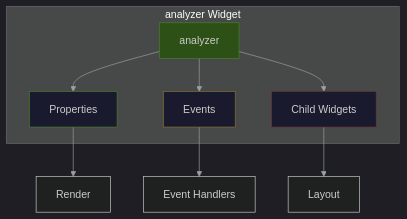
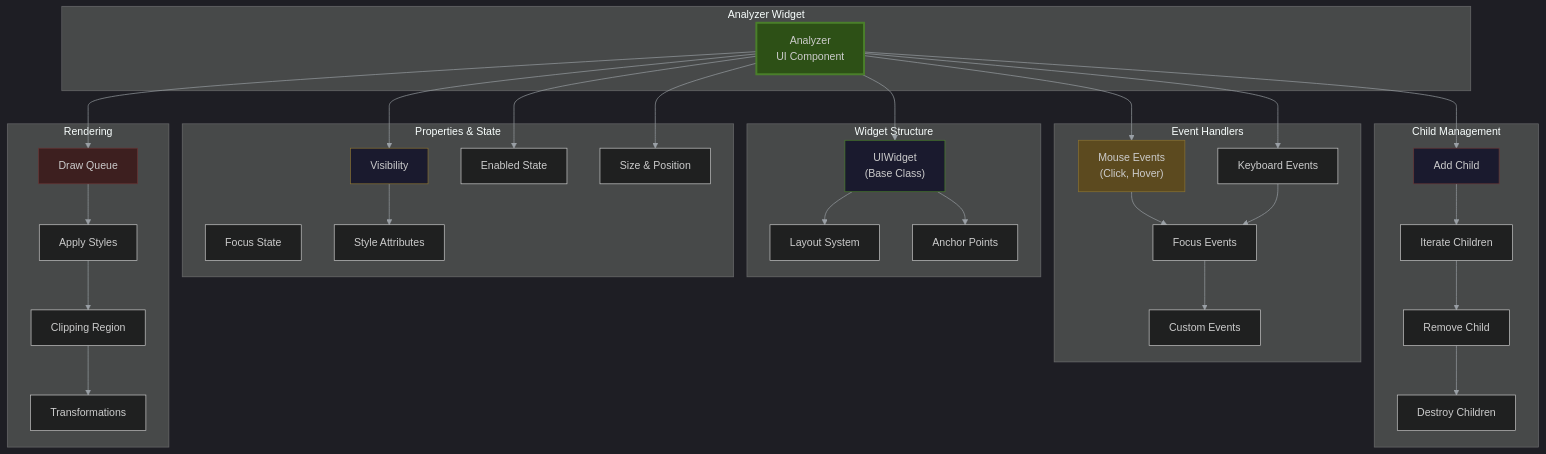
One commit to lukaszj321/otcv8-dev changed the diagram in docs/authoring/04_ui/otui/game_bot/default_configs/vBot_4.7/diagrams/analyzer.mmd. Above: the diagram before and after it, drawn with Mermaid. The commit also changed 189 other files, not shown here.

Commit message:
refactor: redesign all diagrams with proper structure and categorization

```diff
--- a/docs/authoring/04_ui/otui/game_bot/default_configs/vBot_4.7/diagrams/analyzer.mmd
+++ b/docs/authoring/04_ui/otui/game_bot/default_configs/vBot_4.7/diagrams/analyzer.mmd
@@ -1,17 +1,72 @@
 %%{init: {'theme':'dark','themeVariables': {'primaryTextColor':'#ddd','lineColor':'#9aa0a6'},'securityLevel':'loose'}}%%
 graph TB
-    subgraph "analyzer Widget"
-        W["analyzer"]
-        W --> Props["Properties"]
-        W --> Events["Events"]
-        W --> Children["Child Widgets"]
+    subgraph Widget["Analyzer Widget"]
+        W["Analyzer<br/>UI Component"]
     end
     
-    Props --> Render["Render"]
-    Events --> Handlers["Event Handlers"]
-    Children --> Layout["Layout"]
+    subgraph Structure["Widget Structure"]
+        BASE["UIWidget<br/>(Base Class)"]
+        LAYOUT["Layout System"]
+        ANCHORS["Anchor Points"]
+    end
     
-    style W fill:#2d5016,stroke:#4a7f2a
-    style Props fill:#1a1a2e,stroke:#4a7f2a
-    style Events fill:#1a1a2e,stroke:#8b7332
-    style Children fill:#1a1a2e,stroke:#6b3535
+    subgraph Properties["Properties & State"]
+        VISIBLE["Visibility"]
+        ENABLED["Enabled State"]
+        FOCUS["Focus State"]
+        SIZE["Size & Position"]
+        STYLE["Style Attributes"]
+    end
+    
+    subgraph Events["Event Handlers"]
+        MOUSE["Mouse Events<br/>(Click, Hover)"]
+        KEYBOARD["Keyboard Events"]
+        FOCUS_EV["Focus Events"]
+        CUSTOM["Custom Events"]
+    end
+    
+    subgraph Children["Child Management"]
+        ADD["Add Child"]
+        REMOVE["Remove Child"]
+        ITERATE["Iterate Children"]
+        DESTROY["Destroy Children"]
+    end
+    
+    subgraph Rendering["Rendering"]
+        DRAW["Draw Queue"]
+        STYLE_RENDER["Apply Styles"]
+        CLIP["Clipping Region"]
+        TRANSFORM["Transformations"]
+    end
+    
+    W --> BASE
+    BASE --> LAYOUT
+    BASE --> ANCHORS
+    
+    W --> VISIBLE
+    W --> ENABLED
+    W --> SIZE
+    VISIBLE --> STYLE
+    
+    W --> MOUSE
+    W --> KEYBOARD
+    MOUSE --> FOCUS_EV
+    KEYBOARD --> FOCUS_EV
+    FOCUS_EV --> CUSTOM
+    
+    W --> ADD
+    ADD --> ITERATE
+    ITERATE --> REMOVE
+    REMOVE --> DESTROY
+    
+    W --> DRAW
+    DRAW --> STYLE_RENDER
+    STYLE_RENDER --> CLIP
+    CLIP --> TRANSFORM
+    
+    style W fill:#2d5016,stroke:#4a7f2a,stroke-width:3px
+    style BASE fill:#1a1a2e,stroke:#4a7f2a
+    style VISIBLE fill:#1a1a2e,stroke:#8b7332
+    style MOUSE fill:#5c4a1f,stroke:#8b7332
+    style ADD fill:#1a1a2e,stroke:#6b3535
+    style DRAW fill:#3d1f1f,stroke:#6b3535
```
